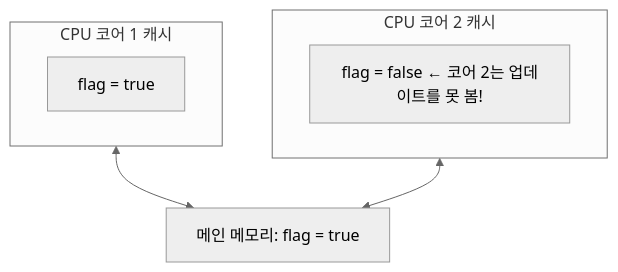
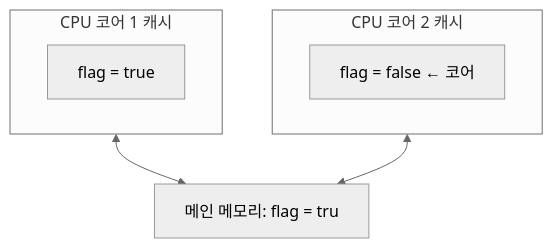
Before and after one commit to yjkim2015/yjkim2015.github.io: the sixth of 17 diagrams in _posts/java/2026-05-01-java-thread.md, drawn with Mermaid (neutral theme). The commit also changed other lines of this file and 271 other files, not shown here.

First line of the commit message:
Mermaid 라벨 축소: 긴 노드 텍스트 18자 이하로 트림 + \n 제거

````diff
--- a/_posts/java/2026-05-01-java-thread.md
+++ b/_posts/java/2026-05-01-java-thread.md
@@ -406,12 +406,12 @@
 ```mermaid
 graph TD
   subgraph Core1["CPU 코어 1 캐시"]
     F1["flag = true"]
   end
   subgraph Core2["CPU 코어 2 캐시"]
-    F2["flag = false ← 코어 2는 업데이트를 못 봄!"]
+    F2["flag = false ← 코어"]
   end
-  MM["메인 메모리: flag = true"]
+  MM["메인 메모리: flag = tru"]
   Core1 <--> MM
   Core2 <--> MM
 ```
````
